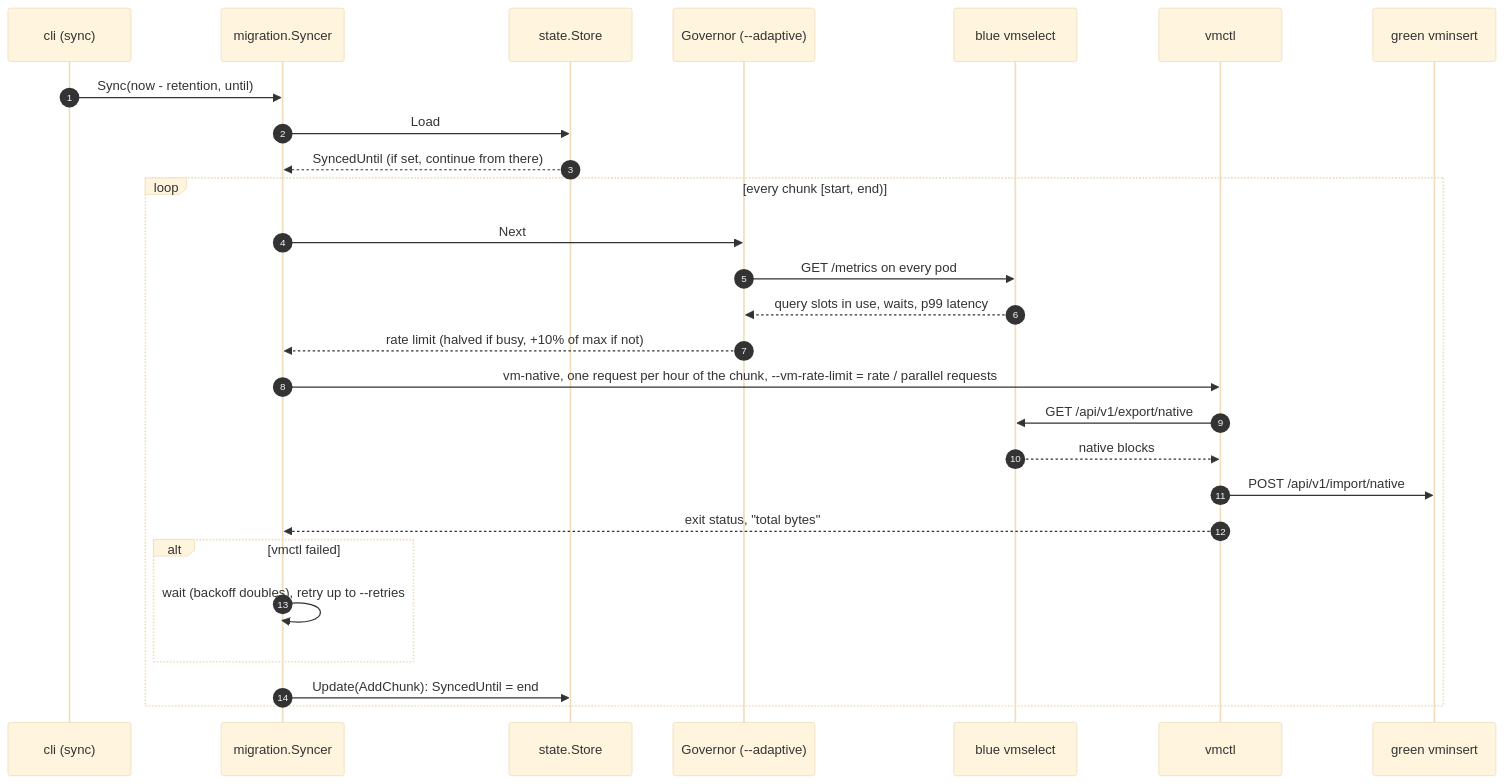
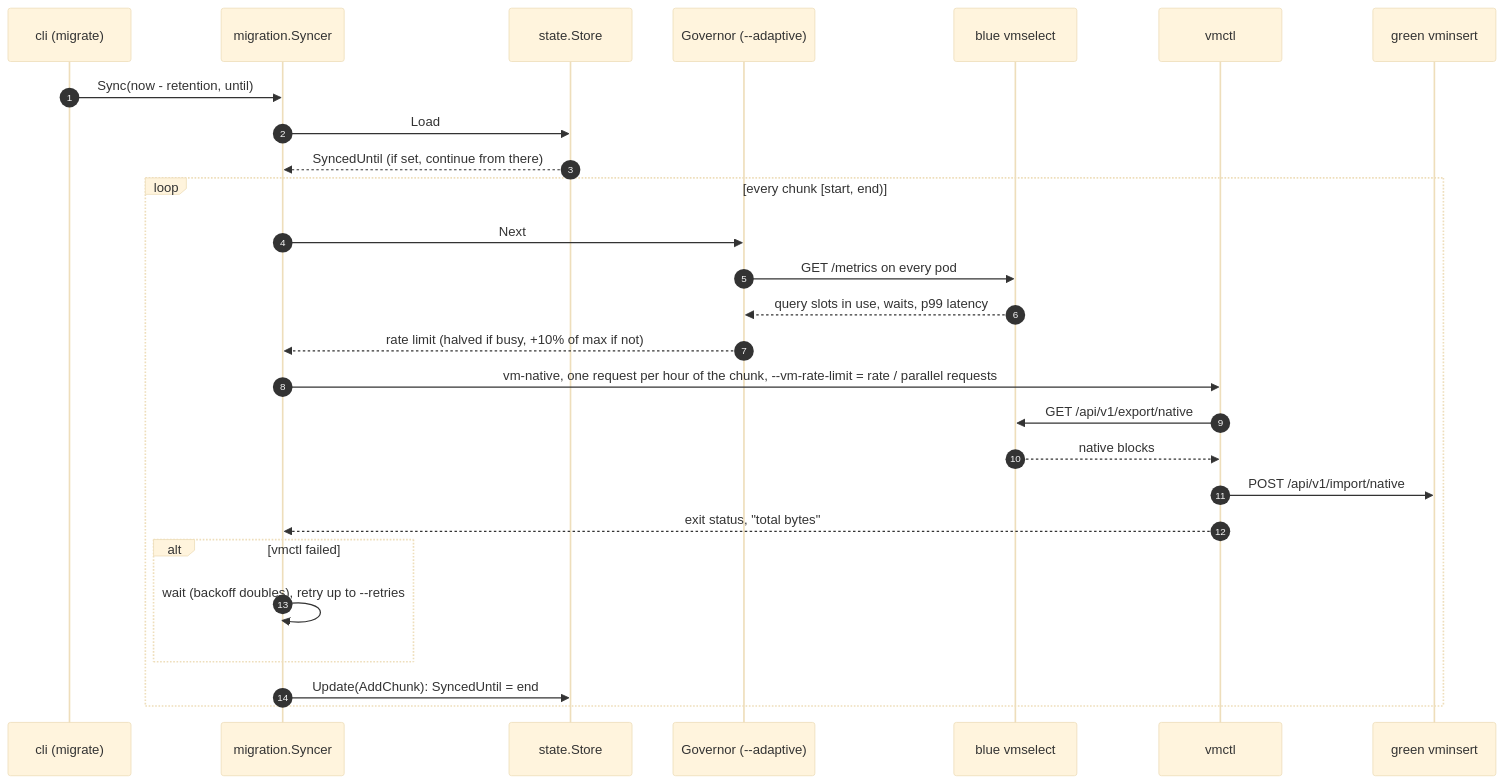
One commit to kokuwaio/victoriametrics-rebalance changed the third of 6 diagrams in docs/architecture.md. Above: the diagram before and after it, drawn with Mermaid (base theme). The commit also changed other lines of this file and 38 other files, not shown here.

````diff
--- a/docs/architecture.md
+++ b/docs/architecture.md
@@ -138,30 +143,30 @@
 ```mermaid
 sequenceDiagram
     autonumber
-    participant CLI as cli (sync)
+    participant CLI as cli (migrate)
     participant S as migration.Syncer
     participant St as state.Store
     participant G as Governor (--adaptive)
     participant B as blue vmselect
     participant V as vmctl
     participant GI as green vminsert
 
     CLI->>S: Sync(now - retention, until)
     S->>St: Load
     St-->>S: SyncedUntil (if set, continue from there)
     loop every chunk [start, end)
         S->>G: Next
         G->>B: GET /metrics on every pod
         B-->>G: query slots in use, waits, p99 latency
         G-->>S: rate limit (halved if busy, +10% of max if not)
         S->>V: vm-native, one request per hour of the chunk, --vm-rate-limit = rate / parallel requests
         V->>B: GET /api/v1/export/native
         B-->>V: native blocks
         V->>GI: POST /api/v1/import/native
         V-->>S: exit status, "total bytes"
         alt vmctl failed
             S->>S: wait (backoff doubles), retry up to --retries
         end
         S->>St: Update(AddChunk): SyncedUntil = end
     end
 ```
````
